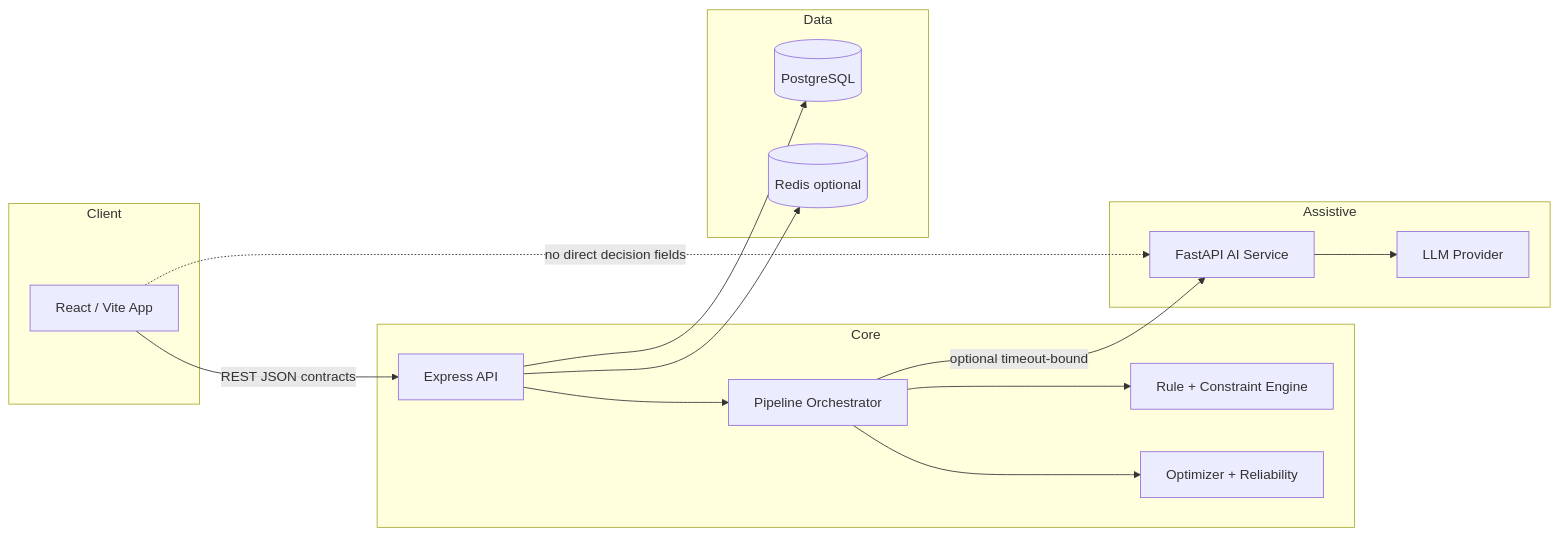
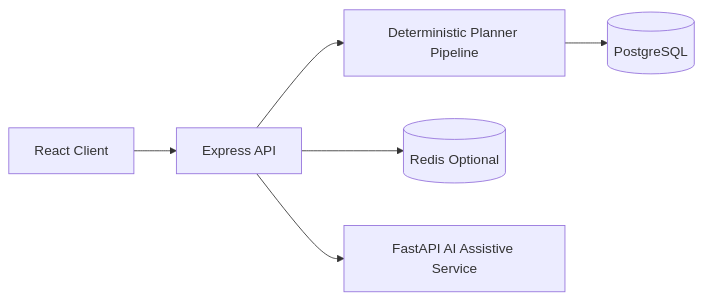
The diagram in README.md (shreyash-sj10/AAROGYA), drawn with Mermaid before and after one commit. The commit also changed other lines of this file and 857 other files, not shown here.

````diff
--- a/README.md
+++ b/README.md
@@ -25,30 +20,8 @@
 ```mermaid
 flowchart LR
-  subgraph Client
-    FE[React / Vite App]
-  end
-  subgraph Core
-    API[Express API]
-    ORCH[Pipeline Orchestrator]
-    RULES[Rule + Constraint Engine]
-    OPT[Optimizer + Reliability]
-  end
-  subgraph Data
-    PG[(PostgreSQL)]
-    REDIS[(Redis optional)]
-  end
-  subgraph Assistive
-    AI[FastAPI AI Service]
-    LLM[LLM Provider]
-  end
-
-  FE -->|REST JSON contracts| API
-  API --> ORCH
-  ORCH --> RULES
-  ORCH --> OPT
-  API --> PG
-  API --> REDIS
-  ORCH -->|optional timeout-bound| AI
-  AI --> LLM
-  FE -.->|no direct decision fields| AI
+    A[React Client] --> B[Express API]
+    B --> C[Deterministic Planner Pipeline]
+    C --> D[(PostgreSQL)]
+    B --> E[(Redis Optional)]
+    B --> F[FastAPI AI Assistive Service]
 ```
````
